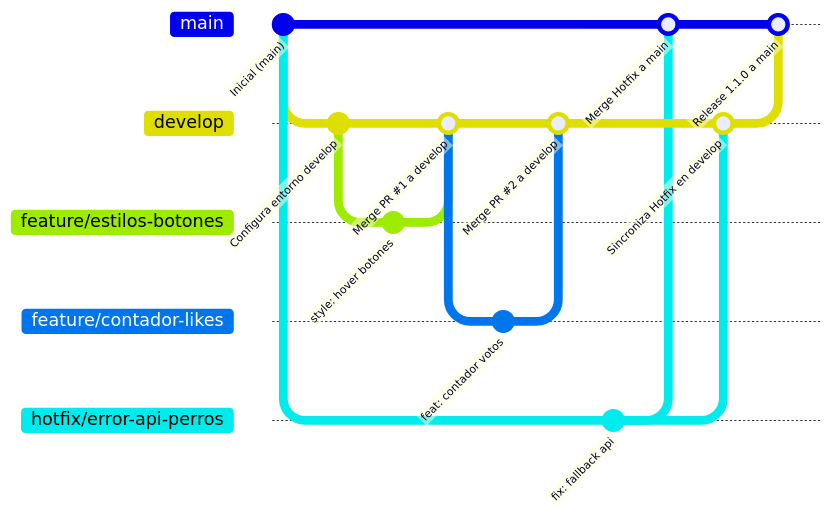
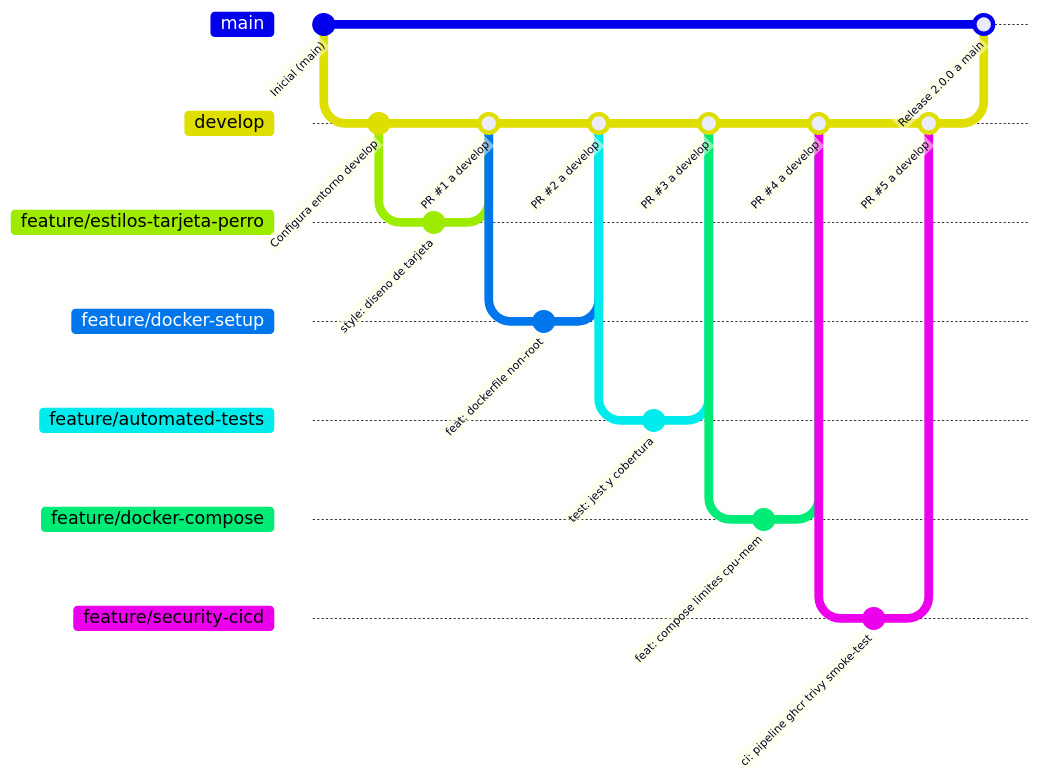
One commit to Shiroasd/evaluacion-devops-002D changed the first of 2 diagrams in README.md. Above: the diagram before and after it, drawn with Mermaid. The commit also changed other lines of this file and 13 other files, not shown here.

Commit message:
feat(security-cicd): implementa correccion en pipeline integral con jest, trivy, ghcr y smoke test

````diff
--- a/README.md
+++ b/README.md
@@ -34,27 +63,34 @@
 ```mermaid
 gitGraph
     commit id: "Inicial (main)"
     branch develop
     checkout develop
     commit id: "Configura entorno develop"
-    branch feature/estilos-botones
-    checkout feature/estilos-botones
-    commit id: "style: hover botones"
+    branch feature/estilos-tarjeta-perro
+    checkout feature/estilos-tarjeta-perro
+    commit id: "style: diseno de tarjeta"
     checkout develop
-    merge feature/estilos-botones id: "Merge PR #1 a develop"
-    branch feature/contador-likes
-    checkout feature/contador-likes
-    commit id: "feat: contador votos"
+    merge feature/estilos-tarjeta-perro id: "PR #1 a develop"
+    branch feature/docker-setup
+    checkout feature/docker-setup
+    commit id: "feat: dockerfile non-root"
     checkout develop
-    merge feature/contador-likes id: "Merge PR #2 a develop"
+    merge feature/docker-setup id: "PR #2 a develop"
+    branch feature/automated-tests
+    checkout feature/automated-tests
+    commit id: "test: jest y cobertura"
+    checkout develop
+    merge feature/automated-tests id: "PR #3 a develop"
+    branch feature/docker-compose
+    checkout feature/docker-compose
+    commit id: "feat: compose limites cpu-mem"
+    checkout develop
+    merge feature/docker-compose id: "PR #4 a develop"
+    branch feature/security-cicd
+    checkout feature/security-cicd
+    commit id: "ci: pipeline ghcr trivy smoke-test"
+    checkout develop
+    merge feature/security-cicd id: "PR #5 a develop"
     checkout main
-    branch hotfix/error-api-perros
-    checkout hotfix/error-api-perros
-    commit id: "fix: fallback api"
-    checkout main
-    merge hotfix/error-api-perros id: "Merge Hotfix a main"
-    checkout develop
-    merge hotfix/error-api-perros id: "Sincroniza Hotfix en develop"
-    checkout main
-    merge develop id: "Release 1.1.0 a main"
+    merge develop id: "Release 2.0.0 a main"
 ```
````
